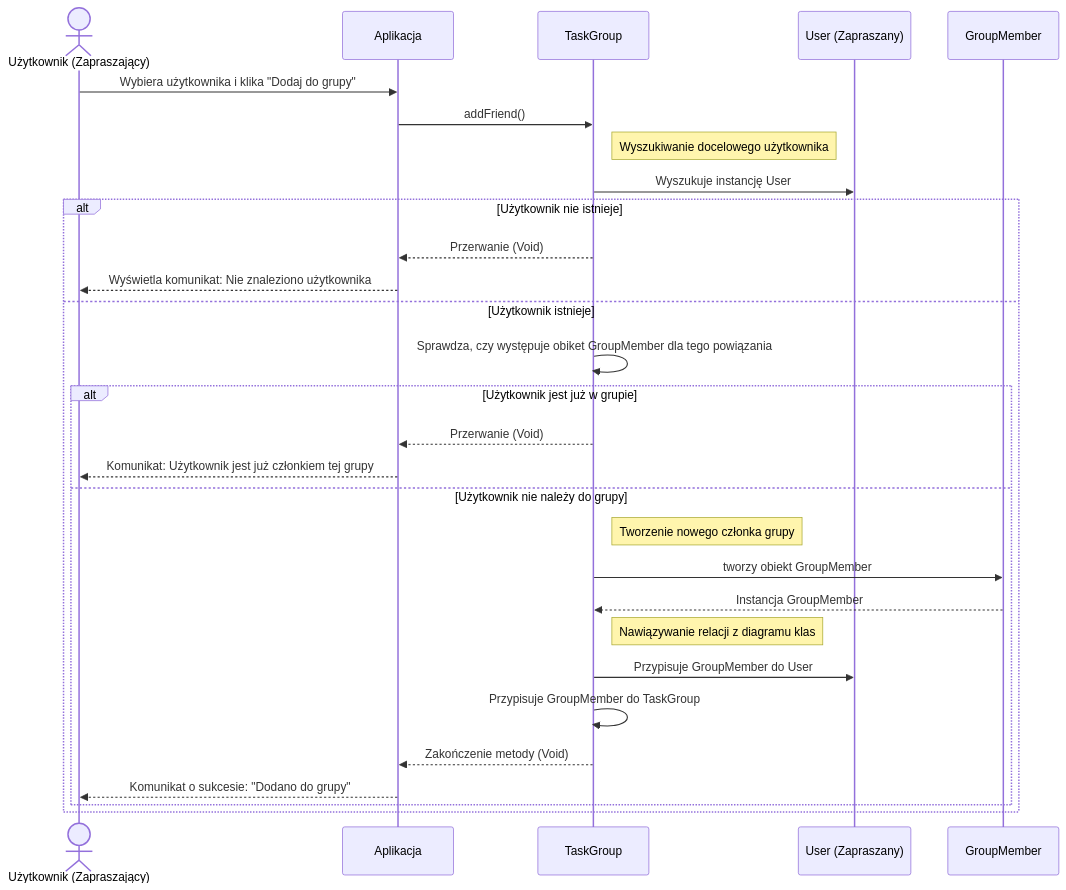
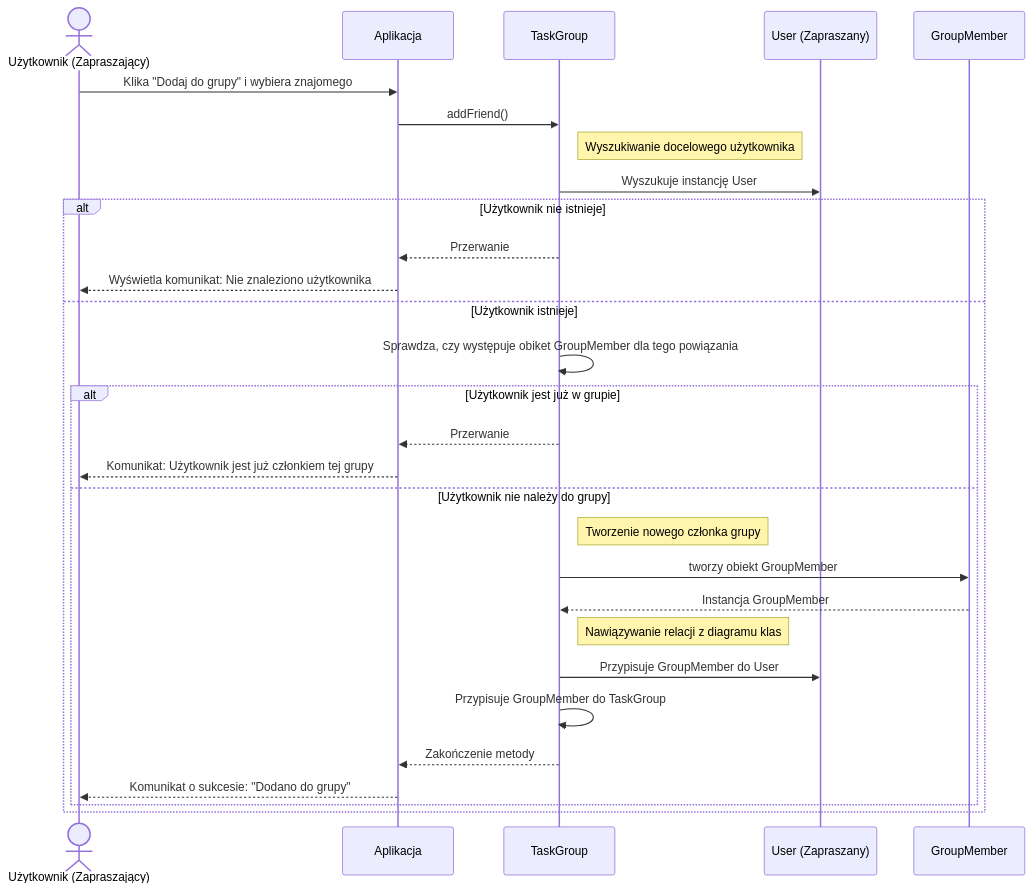
Before and after one commit to Tarnuchy/EggJob: the diagram in docs/zadanie4/diagramy sekwencji/dodawanie-do-grupy.md, drawn with Mermaid. The commit also changed 3 other files, not shown here.

````diff
--- a/docs/zadanie4/diagramy sekwencji/dodawanie-do-grupy.md
+++ b/docs/zadanie4/diagramy sekwencji/dodawanie-do-grupy.md
@@ -3,37 +3,37 @@
 ```mermaid
 sequenceDiagram
     actor U as Użytkownik (Zapraszający)
     participant UI as Aplikacja
     participant TG as TaskGroup
     participant Usr as User (Zapraszany)
     participant GM as GroupMember
 
-    U->>UI: Wybiera użytkownika i klika "Dodaj do grupy"
+    U->>UI: Klika "Dodaj do grupy" i wybiera znajomego
     UI->>TG: addFriend()
 
     note right of TG: Wyszukiwanie docelowego użytkownika
     TG->>Usr: Wyszukuje instancję User
     
     alt Użytkownik nie istnieje
-        TG-->>UI: Przerwanie (Void)
+        TG-->>UI: Przerwanie  
         UI-->>U: Wyświetla komunikat: Nie znaleziono użytkownika
     else Użytkownik istnieje
         TG->>TG: Sprawdza, czy występuje obiket GroupMember dla tego powiązania
         
         alt Użytkownik jest już w grupie
-            TG-->>UI: Przerwanie (Void)
+            TG-->>UI: Przerwanie  
             UI-->>U: Komunikat: Użytkownik jest już członkiem tej grupy
         else Użytkownik nie należy do grupy
             note right of TG: Tworzenie nowego członka grupy
             TG->>GM: tworzy obiekt GroupMember
             GM-->>TG: Instancja GroupMember
             
             note right of TG: Nawiązywanie relacji z diagramu klas
             TG->>Usr: Przypisuje GroupMember do User
             TG->>TG: Przypisuje GroupMember do TaskGroup
             
-            TG-->>UI: Zakończenie metody (Void)
+            TG-->>UI: Zakończenie metody  
             UI-->>U: Komunikat o sukcesie: "Dodano do grupy"
         end
     end
 ```
````
